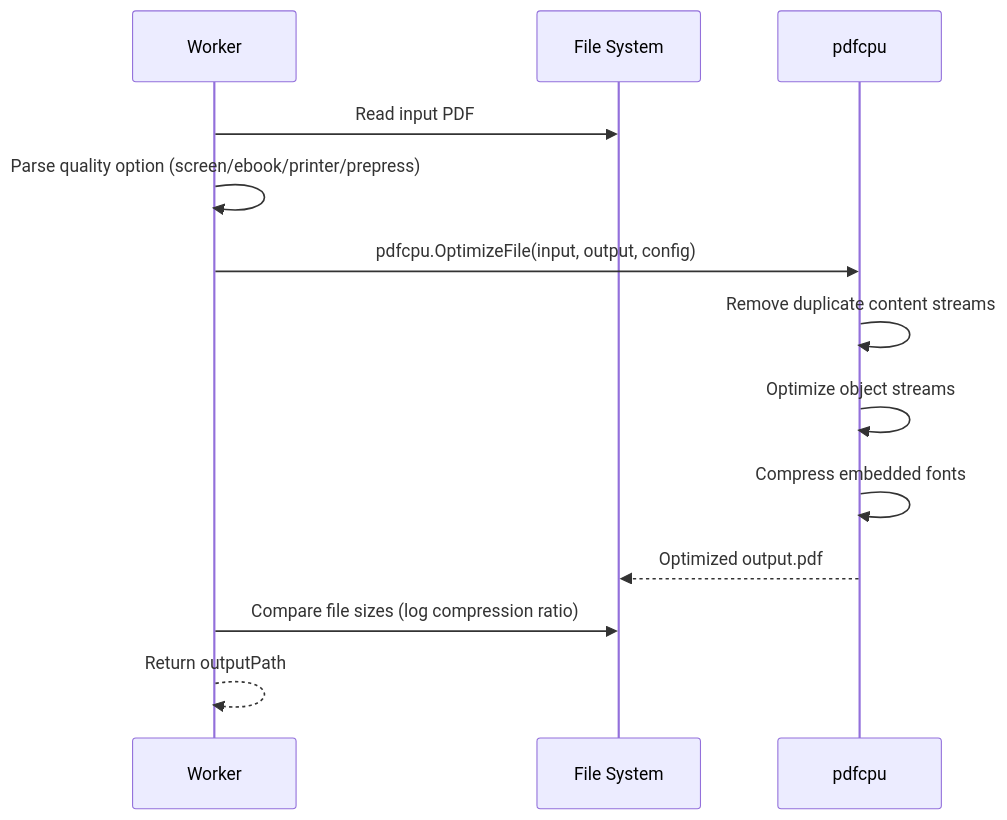
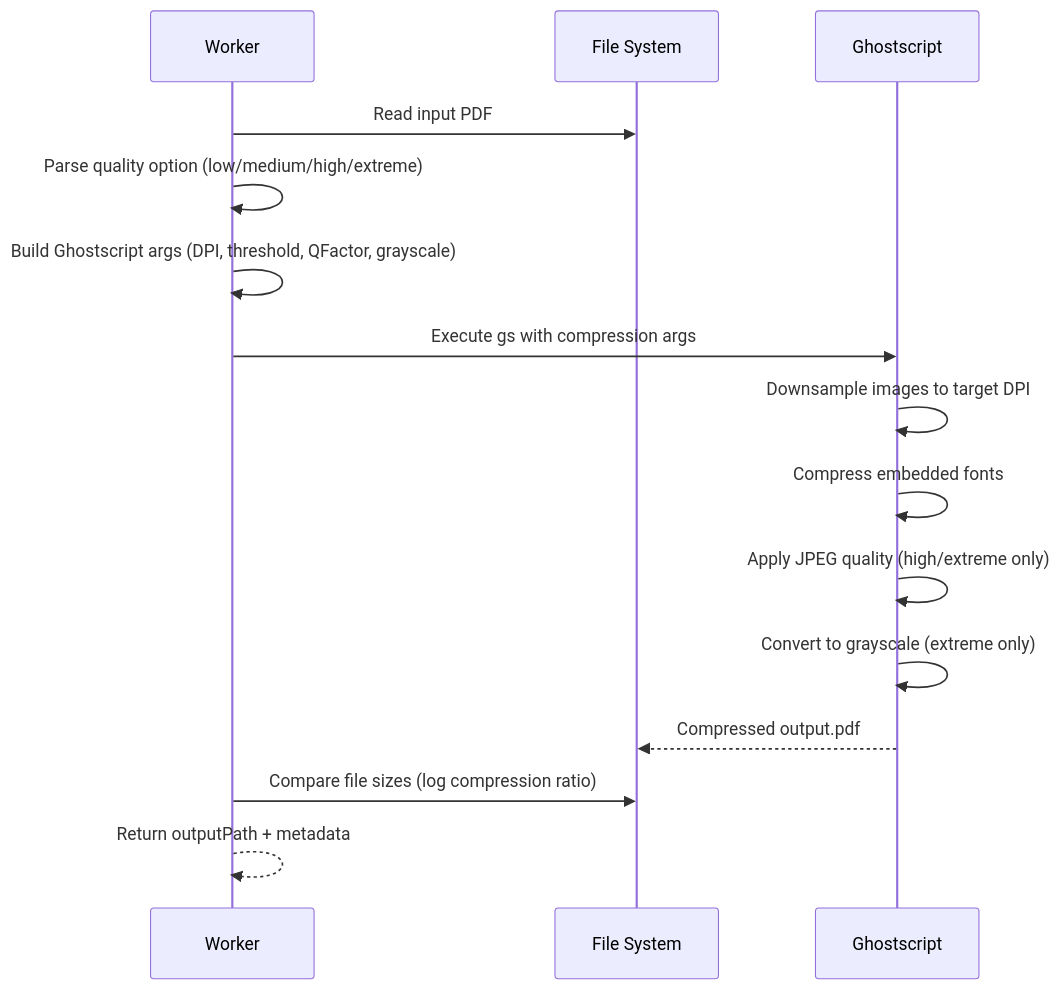
The third of 4 diagrams in docs/services/OPTIMIZE_PDF.md (Prachidubey2003/fyredocs_backend), drawn with Mermaid before and after one commit. The commit also changed other lines of this file and 4 other files, not shown here.

First line of the commit message:
Improve compression quality levels and prevent premature upload cleanup

````diff
--- a/docs/services/OPTIMIZE_PDF.md
+++ b/docs/services/OPTIMIZE_PDF.md
@@ -263,16 +263,18 @@
 ```mermaid
 sequenceDiagram
     participant W as Worker
     participant FS as File System
-    participant PC as pdfcpu
+    participant GS as Ghostscript
 
     W->>FS: Read input PDF
-    W->>W: Parse quality option (screen/ebook/printer/prepress)
-    W->>PC: pdfcpu.OptimizeFile(input, output, config)
-    PC->>PC: Remove duplicate content streams
-    PC->>PC: Optimize object streams
-    PC->>PC: Compress embedded fonts
-    PC-->>FS: Optimized output.pdf
+    W->>W: Parse quality option (low/medium/high/extreme)
+    W->>W: Build Ghostscript args (DPI, threshold, QFactor, grayscale)
+    W->>GS: Execute gs with compression args
+    GS->>GS: Downsample images to target DPI
+    GS->>GS: Compress embedded fonts
+    GS->>GS: Apply JPEG quality (high/extreme only)
+    GS->>GS: Convert to grayscale (extreme only)
+    GS-->>FS: Compressed output.pdf
     W->>FS: Compare file sizes (log compression ratio)
-    W-->>W: Return outputPath
+    W-->>W: Return outputPath + metadata
 ```
````
